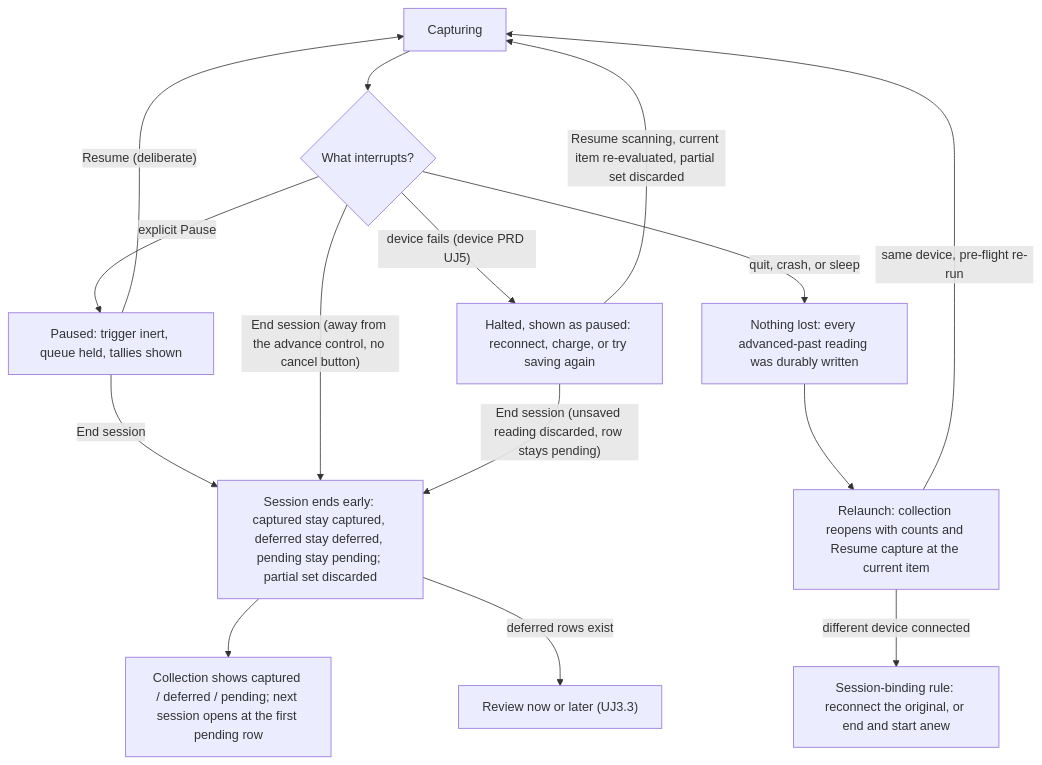
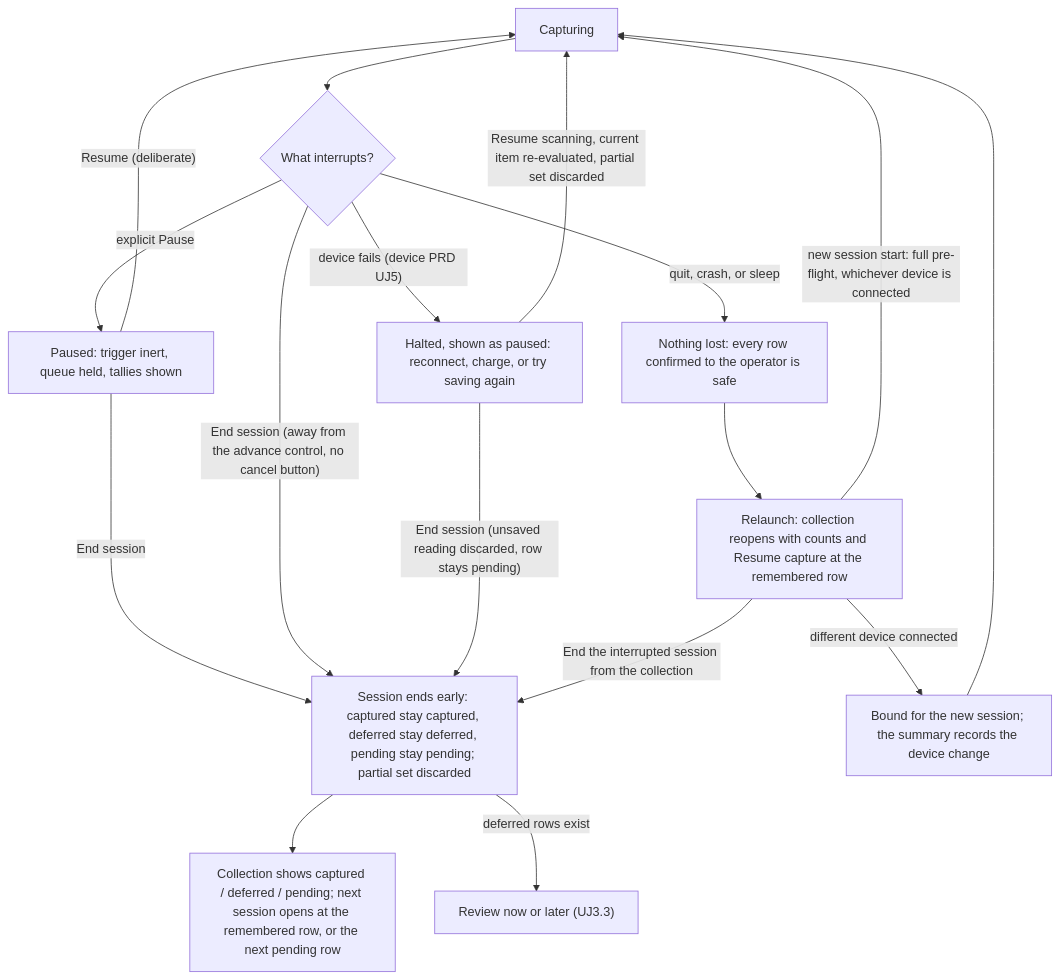
One commit to vinnyp/spectro-capture changed the fifth of 6 diagrams in docs/product/prd-capture-mode.md. Above: the diagram before and after it, drawn with Mermaid. The commit also changed other lines of this file and 2 other files, not shown here.

First line of the commit message:
Apply round-1 review fixes to the capture-mode PRD journeys

````diff
--- a/docs/product/prd-capture-mode.md
+++ b/docs/product/prd-capture-mode.md
@@ -377,17 +402,19 @@
 ```mermaid
 flowchart TD
     A["Capturing"] --> B{What interrupts?}
     B -- "explicit Pause" --> C["Paused: trigger inert, queue held, tallies shown"]
     C -- "Resume (deliberate)" --> A
     C -- "End session" --> E
     B -- "End session (away from the advance control, no cancel button)" --> E["Session ends early: captured stay captured, deferred stay deferred, pending stay pending; partial set discarded"]
     B -- "device fails (device PRD UJ5)" --> D["Halted, shown as paused: reconnect, charge, or try saving again"]
     D -- "Resume scanning, current item re-evaluated, partial set discarded" --> A
     D -- "End session (unsaved reading discarded, row stays pending)" --> E
-    B -- "quit, crash, or sleep" --> F["Nothing lost: every advanced-past reading was durably written"]
-    F --> G["Relaunch: collection reopens with counts and Resume capture at the current item"]
-    G -- "same device, pre-flight re-run" --> A
-    G -- "different device connected" --> G1["Session-binding rule: reconnect the original, or end and start anew"]
-    E --> H["Collection shows captured / deferred / pending; next session opens at the first pending row"]
+    B -- "quit, crash, or sleep" --> F["Nothing lost: every row confirmed to the operator is safe"]
+    F --> G["Relaunch: collection reopens with counts and Resume capture at the remembered row"]
+    G -- "new session start: full pre-flight, whichever device is connected" --> A
+    G -- "different device connected" --> G1["Bound for the new session; the summary records the device change"]
+    G1 --> A
+    G -- "End the interrupted session from the collection" --> E
+    E --> H["Collection shows captured / deferred / pending; next session opens at the remembered row, or the next pending row"]
     E -- "deferred rows exist" --> R["Review now or later (UJ3.3)"]
 ```
````
